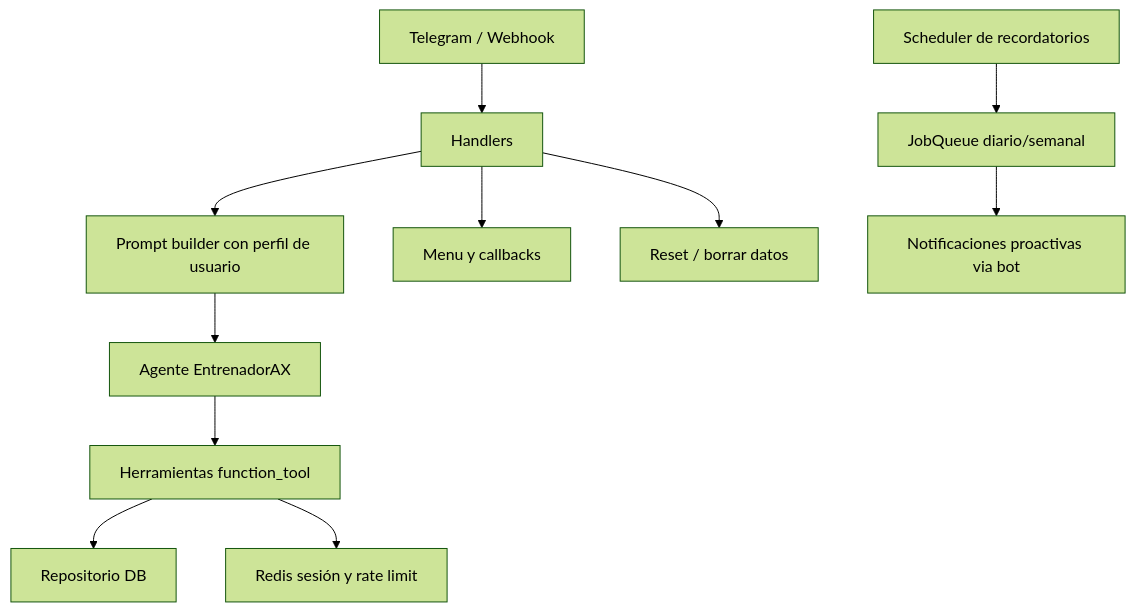
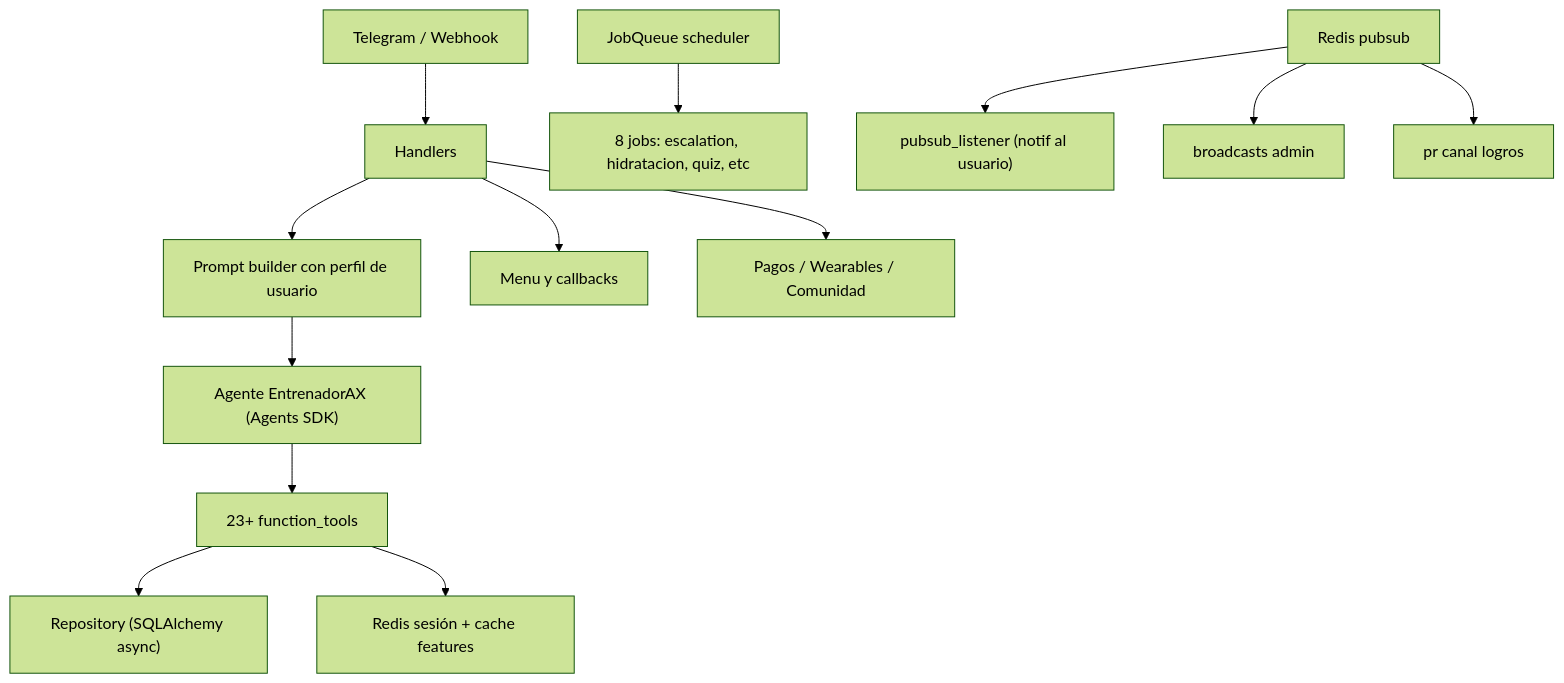
The second of 2 diagrams in INTERNAL_ARCHITECTURE.md (andres-ax/EntrenadorPersonal), drawn with Mermaid (forest theme) before and after one commit. The commit also changed other lines of this file and 17 other files, not shown here.

````diff
--- a/INTERNAL_ARCHITECTURE.md
+++ b/INTERNAL_ARCHITECTURE.md
@@ -7,13 +41,15 @@
 ```mermaid
 graph TD
     A["Telegram / Webhook"] --> B["Handlers"]
     B --> C["Prompt builder con perfil de usuario"]
-    C --> D["Agente EntrenadorAX"]
-    D --> E["Herramientas function_tool"]
-    E --> F["Repositorio DB"]
-    E --> G["Redis sesión y rate limit"]
+    C --> D["Agente EntrenadorAX (Agents SDK)"]
+    D --> E["23+ function_tools"]
+    E --> F["Repository (SQLAlchemy async)"]
+    E --> G["Redis sesión + cache features"]
     B --> H["Menu y callbacks"]
-    B --> I["Reset / borrar datos"]
-    J["Scheduler de recordatorios"] --> K["JobQueue diario/semanal"]
-    K --> L["Notificaciones proactivas via bot"]
+    B --> I["Pagos / Wearables / Comunidad"]
+    J["JobQueue scheduler"] --> K["8 jobs: escalation, hidratacion, quiz, etc"]
+    L["Redis pubsub"] --> M["pubsub_listener (notif al usuario)"]
+    L --> N["broadcasts admin"]
+    L --> O["pr canal logros"]
 ```
````
